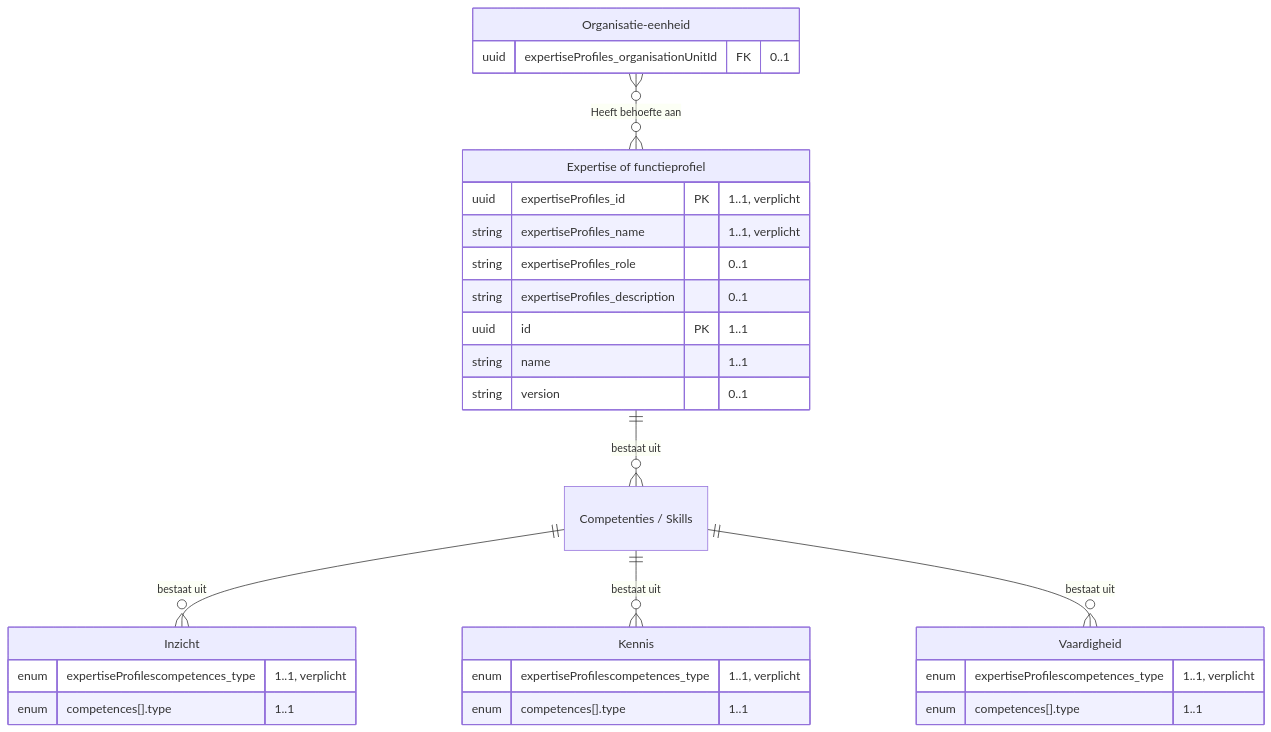
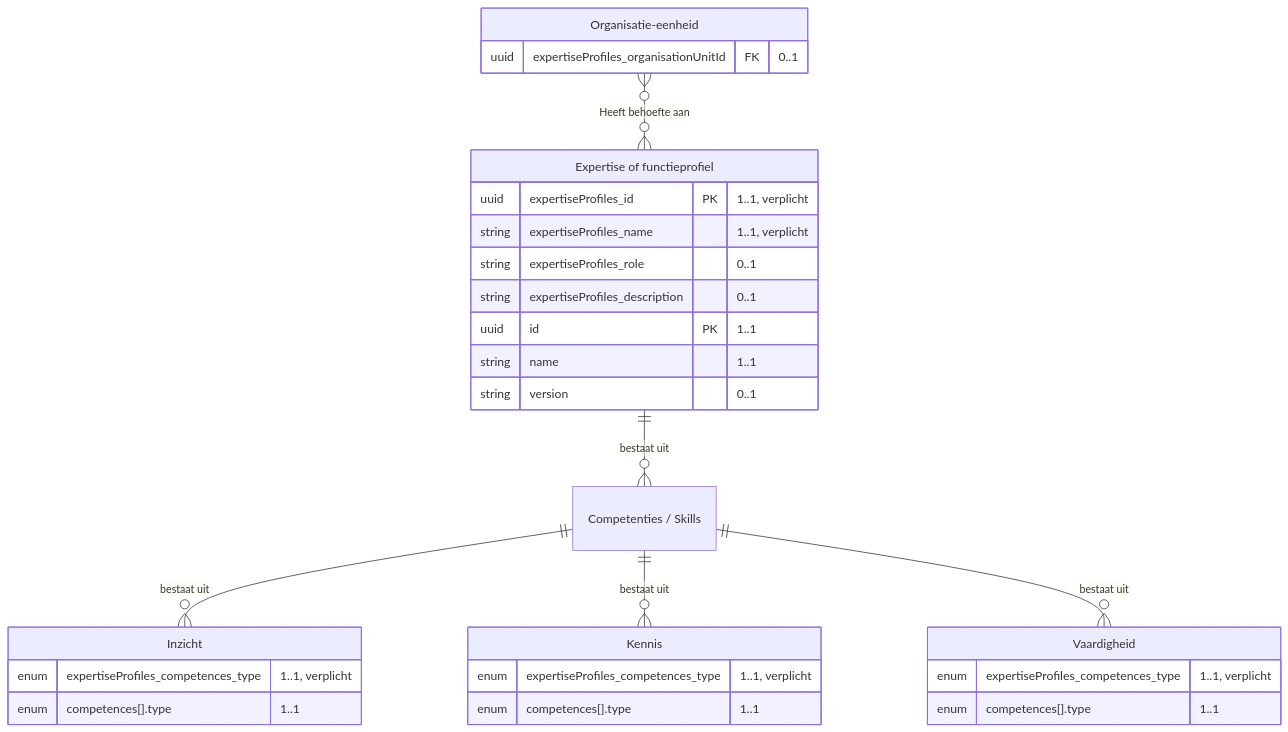
The fifth of 10 diagrams in architecture/docs/specificatie/interactie-onderwijsaanbod/is-oa-02.md (Npuls-OKx/meta), drawn with Mermaid before and after one commit. The commit also changed 60 other files, not shown here.

````diff
--- a/architecture/docs/specificatie/interactie-onderwijsaanbod/is-oa-02.md
+++ b/architecture/docs/specificatie/interactie-onderwijsaanbod/is-oa-02.md
@@ -376,33 +376,33 @@
 ```mermaid
 erDiagram
     "Competenties / Skills" ||--o{ "Inzicht" : "bestaat uit"
     "Competenties / Skills" ||--o{ "Kennis" : "bestaat uit"
     "Competenties / Skills" ||--o{ "Vaardigheid" : "bestaat uit"
     "Expertise of functieprofiel" ||--o{ "Competenties / Skills" : "bestaat uit"
     "Organisatie-eenheid" }o--o{ "Expertise of functieprofiel" : "Heeft behoefte aan"
     "Expertise of functieprofiel" {
         uuid expertiseProfiles_id PK "1..1, verplicht"
         string expertiseProfiles_name "1..1, verplicht"
         string expertiseProfiles_role "0..1"
         string expertiseProfiles_description "0..1"
         uuid id PK "1..1"
         string name "1..1"
         string version "0..1"
     }
     "Organisatie-eenheid" {
         uuid expertiseProfiles_organisationUnitId FK "0..1"
     }
     "Vaardigheid" {
-        enum expertiseProfilescompetences_type "1..1, verplicht"
+        enum expertiseProfiles_competences_type "1..1, verplicht"
         enum competences[].type "1..1"
     }
     "Kennis" {
-        enum expertiseProfilescompetences_type "1..1, verplicht"
+        enum expertiseProfiles_competences_type "1..1, verplicht"
         enum competences[].type "1..1"
     }
     "Inzicht" {
-        enum expertiseProfilescompetences_type "1..1, verplicht"
+        enum expertiseProfiles_competences_type "1..1, verplicht"
         enum competences[].type "1..1"
     }
     "Competenties / Skills" { }
 ```
````
